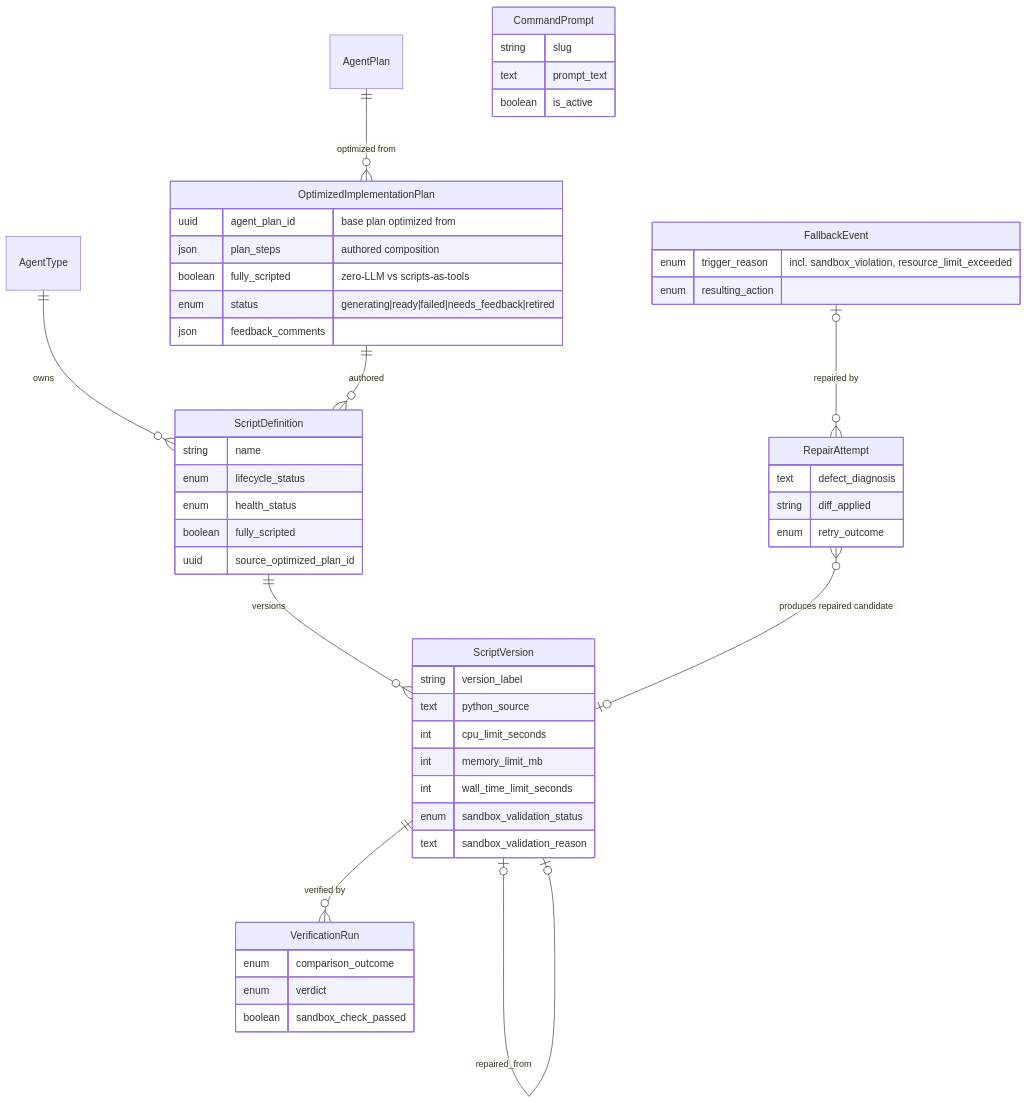
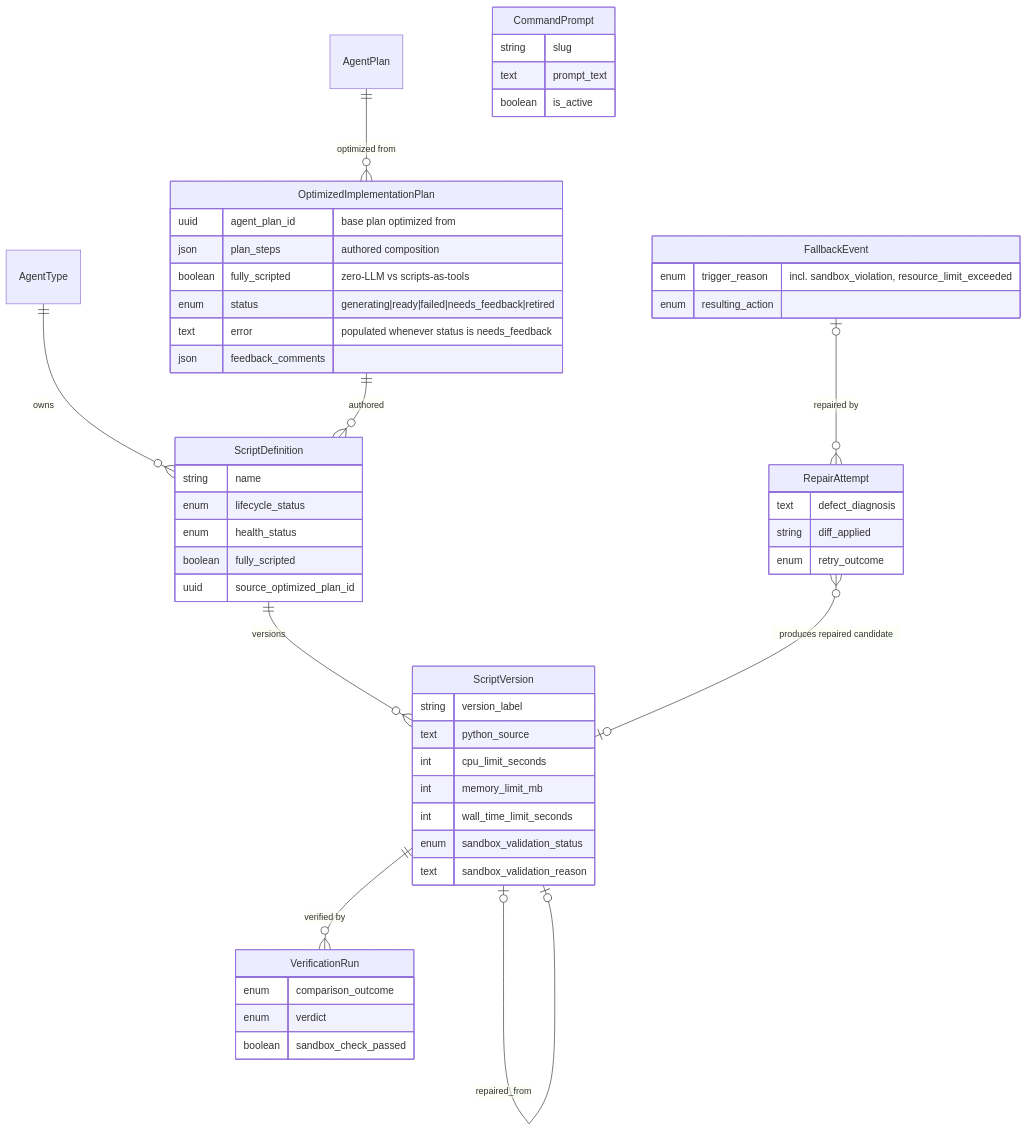
One commit to hurungang/parthenon changed the third of 3 diagrams in docs/master/data-model/modules/agents/entities.md. Above: the diagram before and after it, drawn with Mermaid. The commit also changed other lines of this file and 269 other files, not shown here.

````diff
--- a/docs/master/data-model/modules/agents/entities.md
+++ b/docs/master/data-model/modules/agents/entities.md
@@ -494,53 +498,54 @@
 ```mermaid
 erDiagram
     AgentType ||--o{ ScriptDefinition : "owns"
     AgentPlan ||--o{ OptimizedImplementationPlan : "optimized from"
     OptimizedImplementationPlan ||--o{ ScriptDefinition : "authored"
     ScriptDefinition ||--o{ ScriptVersion : "versions"
     ScriptVersion ||--o{ VerificationRun : "verified by"
     ScriptVersion |o--o| ScriptVersion : "repaired_from"
     FallbackEvent |o--o{ RepairAttempt : "repaired by"
     RepairAttempt }o--o| ScriptVersion : "produces repaired candidate"
     CommandPrompt {
         string slug
         text prompt_text
         boolean is_active
     }
     OptimizedImplementationPlan {
         uuid agent_plan_id "base plan optimized from"
         json plan_steps "authored composition"
         boolean fully_scripted "zero-LLM vs scripts-as-tools"
         enum status "generating|ready|failed|needs_feedback|retired"
+        text error "populated whenever status is needs_feedback"
         json feedback_comments
     }
     ScriptDefinition {
         string name
         enum lifecycle_status
         enum health_status
         boolean fully_scripted
         uuid source_optimized_plan_id
     }
     ScriptVersion {
         string version_label
         text python_source
         int cpu_limit_seconds
         int memory_limit_mb
         int wall_time_limit_seconds
         enum sandbox_validation_status
         text sandbox_validation_reason
     }
     VerificationRun {
         enum comparison_outcome
         enum verdict
         boolean sandbox_check_passed
     }
     FallbackEvent {
         enum trigger_reason "incl. sandbox_violation, resource_limit_exceeded"
         enum resulting_action
     }
     RepairAttempt {
         text defect_diagnosis
         string diff_applied
         enum retry_outcome
     }
 ```
````
